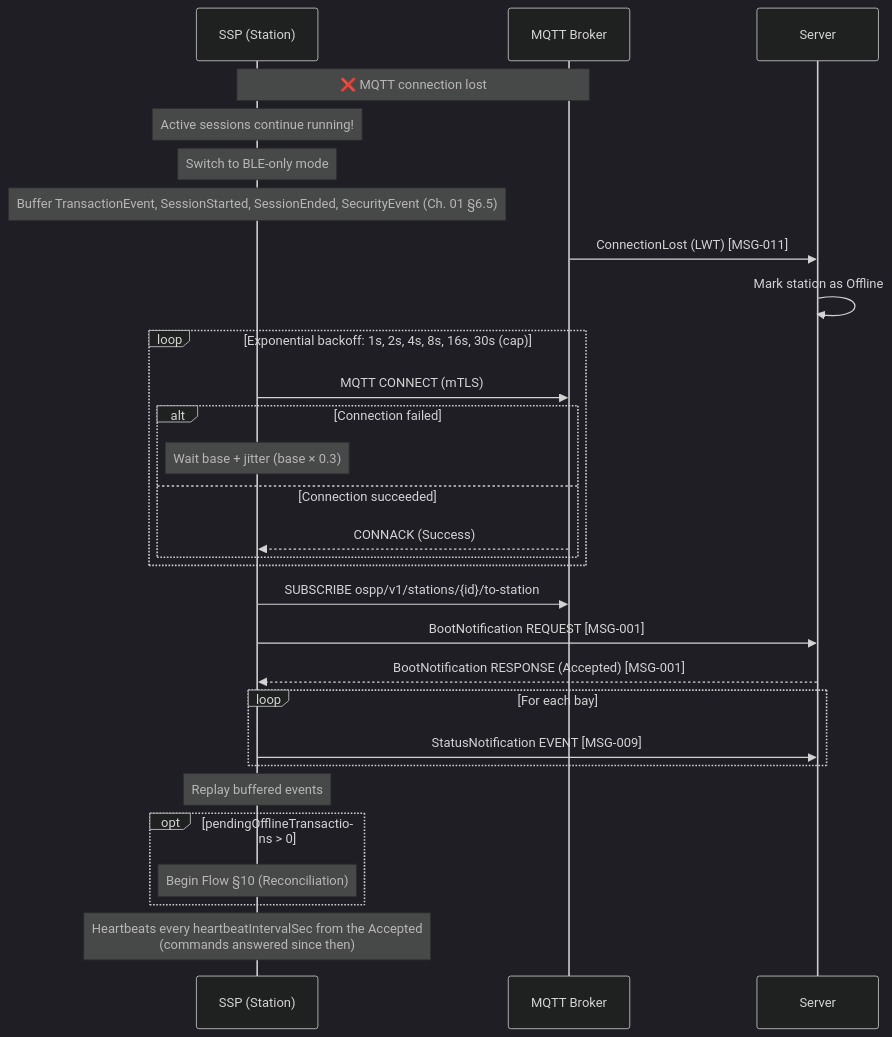
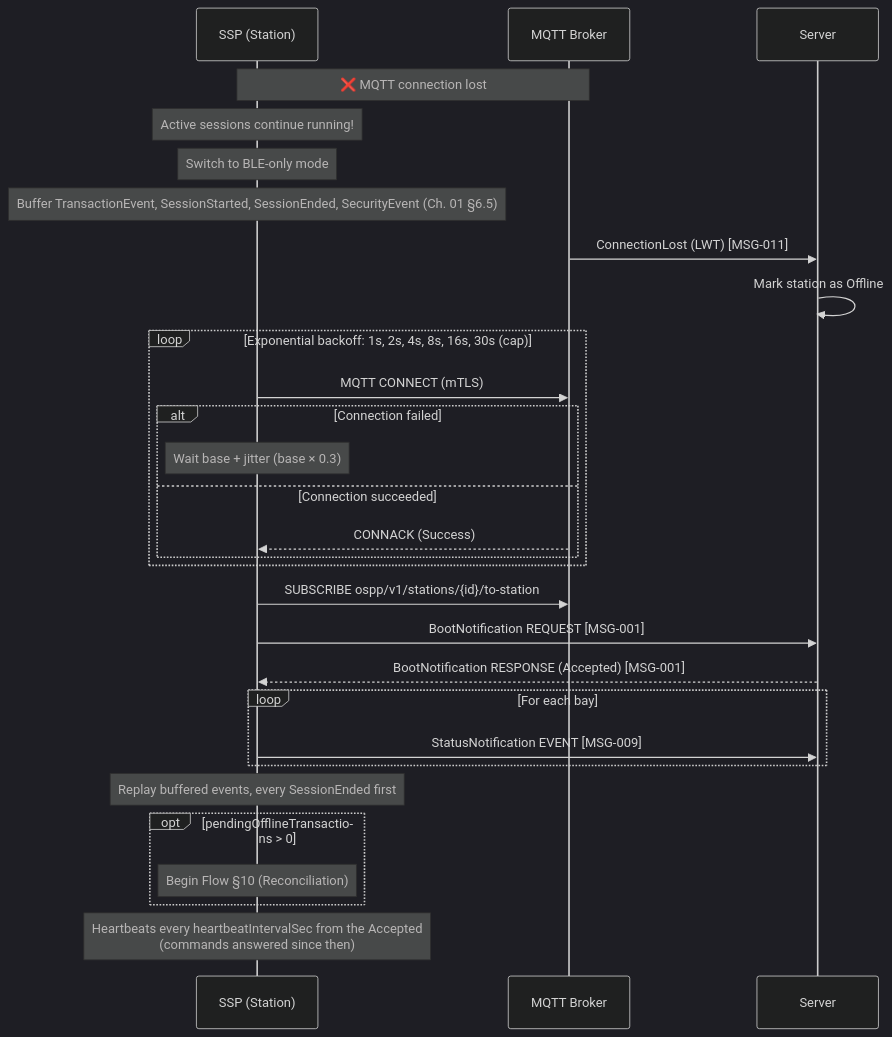
One commit to ospp-org/spec changed diagram 11 of 19 in spec/04-flows.md. Above: the diagram before and after it, drawn with Mermaid (dark theme). The commit also changed other lines of this file and 15 other files, not shown here.

````diff
--- a/spec/04-flows.md
+++ b/spec/04-flows.md
@@ -1374,40 +1374,40 @@
 ```mermaid
 sequenceDiagram
     participant SSP as SSP (Station)
     participant Broker as MQTT Broker
     participant Server
 
     Note over SSP,Broker: ❌ MQTT connection lost
 
     Note over SSP: Active sessions continue running!
     Note over SSP: Switch to BLE-only mode
     Note over SSP: Buffer TransactionEvent, SessionStarted, SessionEnded, SecurityEvent (Ch. 01 §6.5)
 
     Broker->>Server: ConnectionLost (LWT) [MSG-011]
     Server->>Server: Mark station as Offline
 
     loop Exponential backoff: 1s, 2s, 4s, 8s, 16s, 30s (cap)
         SSP->>Broker: MQTT CONNECT (mTLS)
         alt Connection failed
             Note over SSP: Wait base + jitter (base × 0.3)
         else Connection succeeded
             Broker-->>SSP: CONNACK (Success)
         end
     end
 
     SSP->>Broker: SUBSCRIBE ospp/v1/stations/{id}/to-station
     SSP->>Server: BootNotification REQUEST [MSG-001]
     Server-->>SSP: BootNotification RESPONSE (Accepted) [MSG-001]
 
     loop For each bay
         SSP->>Server: StatusNotification EVENT [MSG-009]
     end
 
-    Note over SSP: Replay buffered events
+    Note over SSP: Replay buffered events, every SessionEnded first
 
     opt pendingOfflineTransactions > 0
         Note over SSP: Begin Flow §10 (Reconciliation)
     end
 
     Note over SSP: Heartbeats every heartbeatIntervalSec from the Accepted<br/>(commands answered since then)
 ```
````
